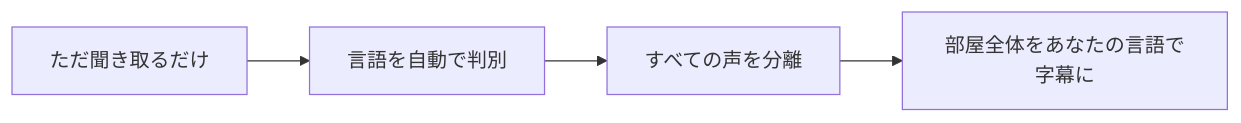
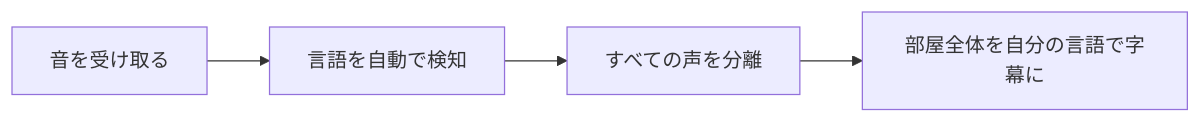
One commit to rpalm01-star/VigilantEarLegal changed the first of 4 diagrams in README_ja.md. Above: the diagram before and after it, drawn with Mermaid. The commit also changed other lines of this file and 14 other files, not shown here.

````diff
--- a/README_ja.md
+++ b/README_ja.md
@@ -73,4 +89,4 @@
 ```mermaid
 graph LR
-    A["ただ聞き取るだけ"] --> B["言語を自動で判別"] --> C["すべての声を分離"] --> D["部屋全体をあなたの言語で字幕に"]
+    A["音を受け取る"] --> B["言語を自動で検知"] --> C["すべての声を分離"] --> D["部屋全体を自分の言語で字幕に"]
 ```
````
